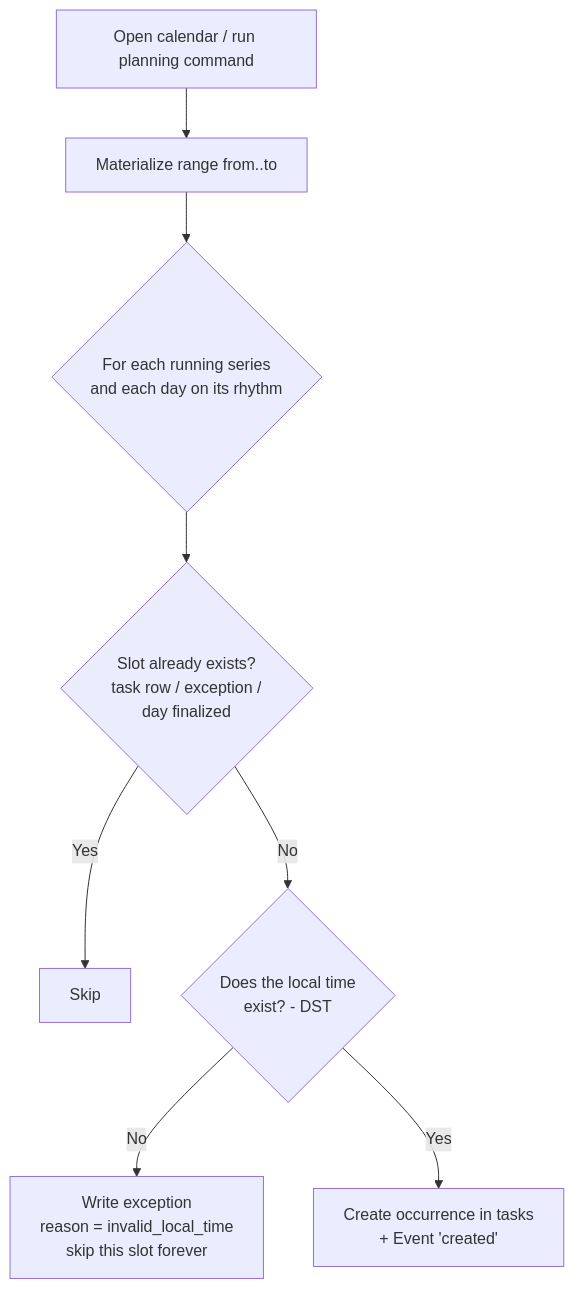
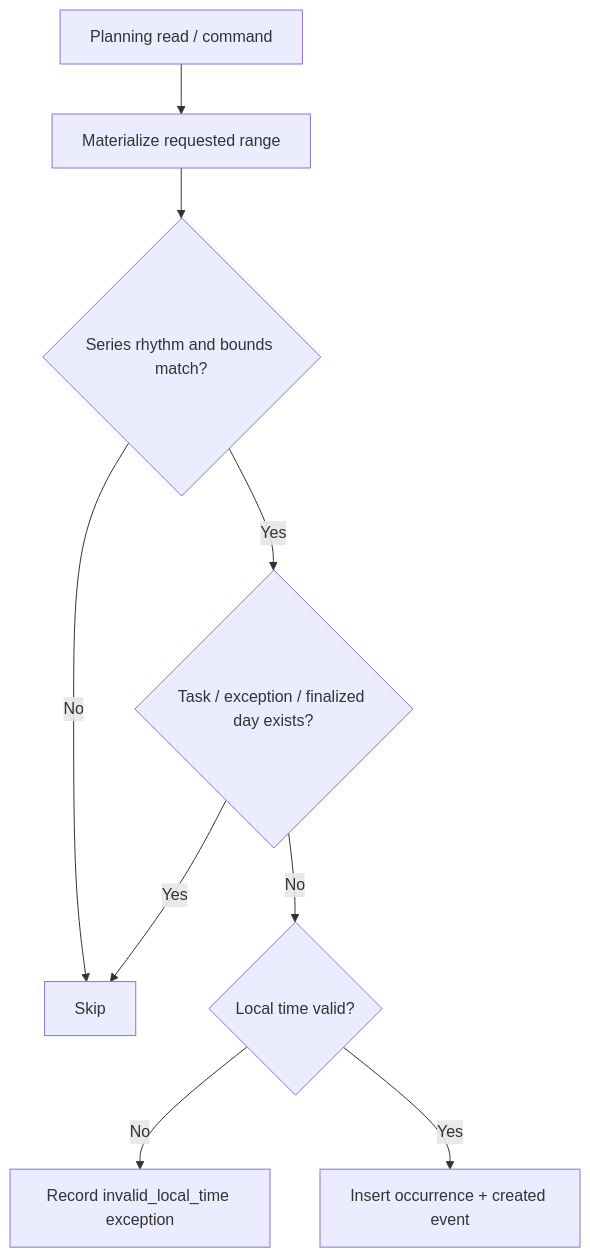
Before and after one commit to Walker-mfj/TodoCal: the first of 2 diagrams in docs/features/06-recurrence.md, drawn with Mermaid. The commit also changed other lines of this file and 16 other files, not shown here.

````diff
--- a/docs/features/06-recurrence.md
+++ b/docs/features/06-recurrence.md
@@ -23,10 +23,11 @@
 ```mermaid
 flowchart TD
-    A[Open calendar / run planning command] --> B[Materialize range from..to]
-    B --> C{For each running series<br/>and each day on its rhythm}
-    C --> D{Slot already exists?<br/>task row / exception /<br/>day finalized}
-    D -->|Yes| E[Skip]
-    D -->|No| F{Does the local time<br/>exist? - DST}
-    F -->|No| G[Write exception<br/>reason = invalid_local_time<br/>skip this slot forever]
-    F -->|Yes| H[Create occurrence in tasks<br/>+ Event 'created']
+    A[Planning read / command] --> B[Materialize requested range]
+    B --> C{Series rhythm and bounds match?}
+    C -->|No| Z[Skip]
+    C -->|Yes| D{Task / exception / finalized day exists?}
+    D -->|Yes| Z
+    D -->|No| E{Local time valid?}
+    E -->|No| F[Record invalid_local_time exception]
+    E -->|Yes| G[Insert occurrence + created event]
 ```
````
